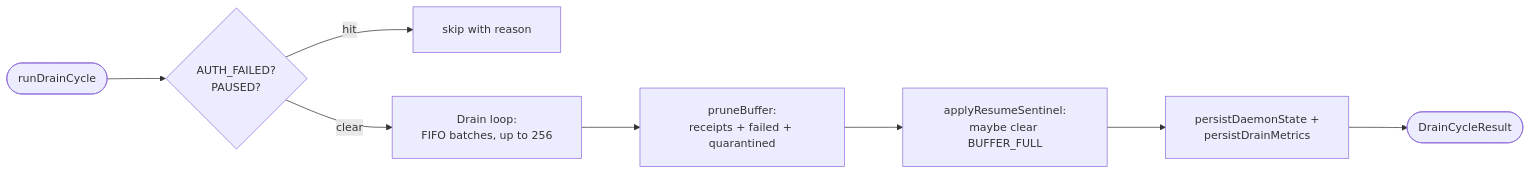
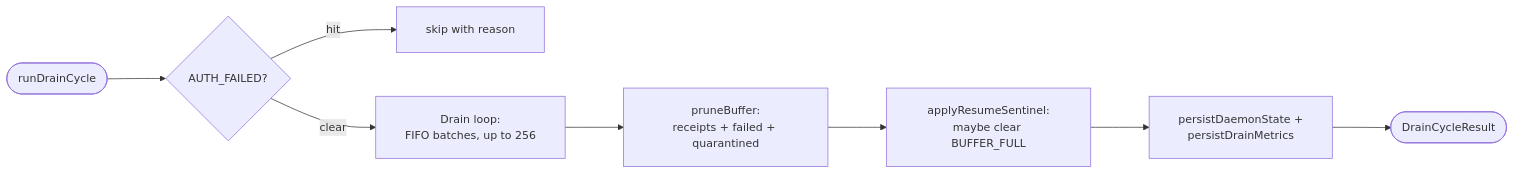
The first of 3 diagrams in docs/04-daemon-loops/4.2-drain-cycle.md (proxai/proxai_gateway), drawn with Mermaid before and after one commit. The commit also changed other lines of this file and 94 other files, not shown here.

````diff
--- a/docs/04-daemon-loops/4.2-drain-cycle.md
+++ b/docs/04-daemon-loops/4.2-drain-cycle.md
@@ -11,12 +11,12 @@
 ```mermaid
 %%{init: {'flowchart': {'useMaxWidth': false, 'htmlLabels': true, 'curve': 'basis', 'nodeSpacing': 60, 'rankSpacing': 80, 'padding': 20}, 'sequence': {'useMaxWidth': false, 'mirrorActors': false, 'actorMargin': 100, 'messageMargin': 50, 'boxMargin': 20, 'wrap': true}, 'stateDiagram': {'useMaxWidth': false, 'nodeSpacing': 60, 'rankSpacing': 80}, 'themeVariables': {'fontSize': '15px'}}}%%
 flowchart LR
   start([runDrainCycle])
-  start --> gate{AUTH_FAILED?<br/>PAUSED?}
+  start --> gate{AUTH_FAILED?}
   gate -->|hit| skip[skip with reason]
   gate -->|clear| loop[Drain loop:<br/>FIFO batches, up to 256]
   loop --> prune[pruneBuffer:<br/>receipts + failed + quarantined]
   prune --> resume[applyResumeSentinel:<br/>maybe clear BUFFER_FULL]
   resume --> persist[persistDaemonState +<br/>persistDrainMetrics]
   persist --> done([DrainCycleResult])
 ```
````
